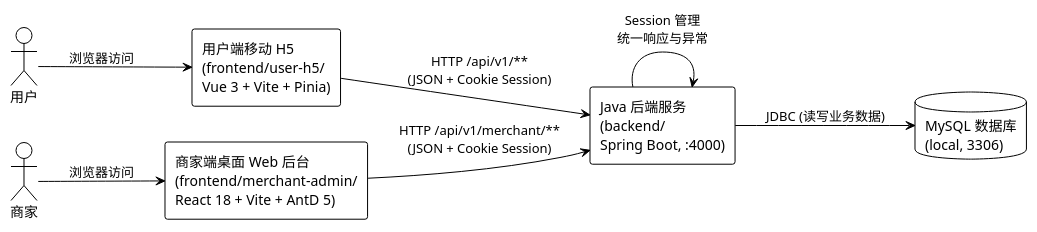
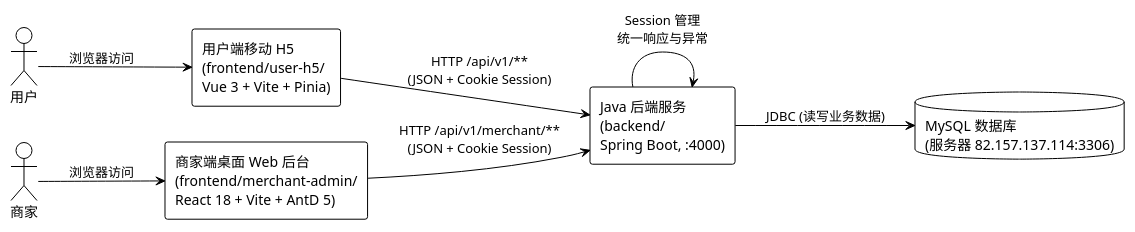
Before and after one commit to Fu-Jumping/elm_practice: the diagram in docs/backend/diagrams/system-context.puml, drawn with PlantUML. The commit also changed 27 other files, not shown here.

```diff
--- a/docs/backend/diagrams/system-context.puml
+++ b/docs/backend/diagrams/system-context.puml
@@ -1,21 +1,21 @@
 @startuml
 !theme plain
 left to right direction
 
 actor "用户" as User
 actor "商家" as Merchant
 
 rectangle "用户端移动 H5\n(frontend/user-h5/\nVue 3 + Vite + Pinia)" as UserFrontend
 rectangle "商家端桌面 Web 后台\n(frontend/merchant-admin/\nReact 18 + Vite + AntD 5)" as MerchantFrontend
 rectangle "Java 后端服务\n(backend/\nSpring Boot, :4000)" as Backend
-database "MySQL 数据库\n(local, 3306)" as DB
+database "MySQL 数据库\n(服务器 82.157.137.114:3306)" as DB
 
 User --> UserFrontend : 浏览器访问
 Merchant --> MerchantFrontend : 浏览器访问
 
 UserFrontend --> Backend : HTTP /api/v1/**\n(JSON + Cookie Session)
 MerchantFrontend --> Backend : HTTP /api/v1/merchant/**\n(JSON + Cookie Session)
 
 Backend --> DB : JDBC (读写业务数据)
 Backend --> Backend : Session 管理\n统一响应与异常
 @enduml
```
